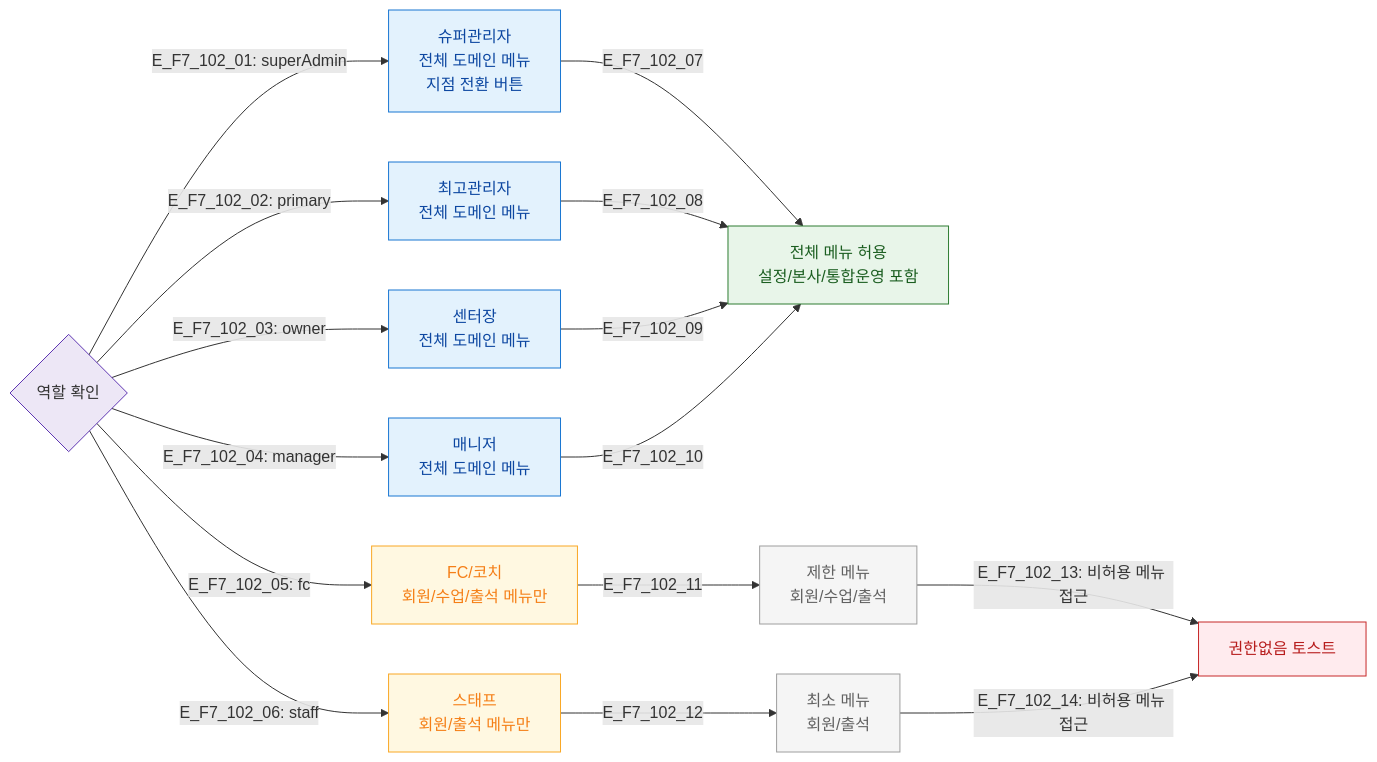
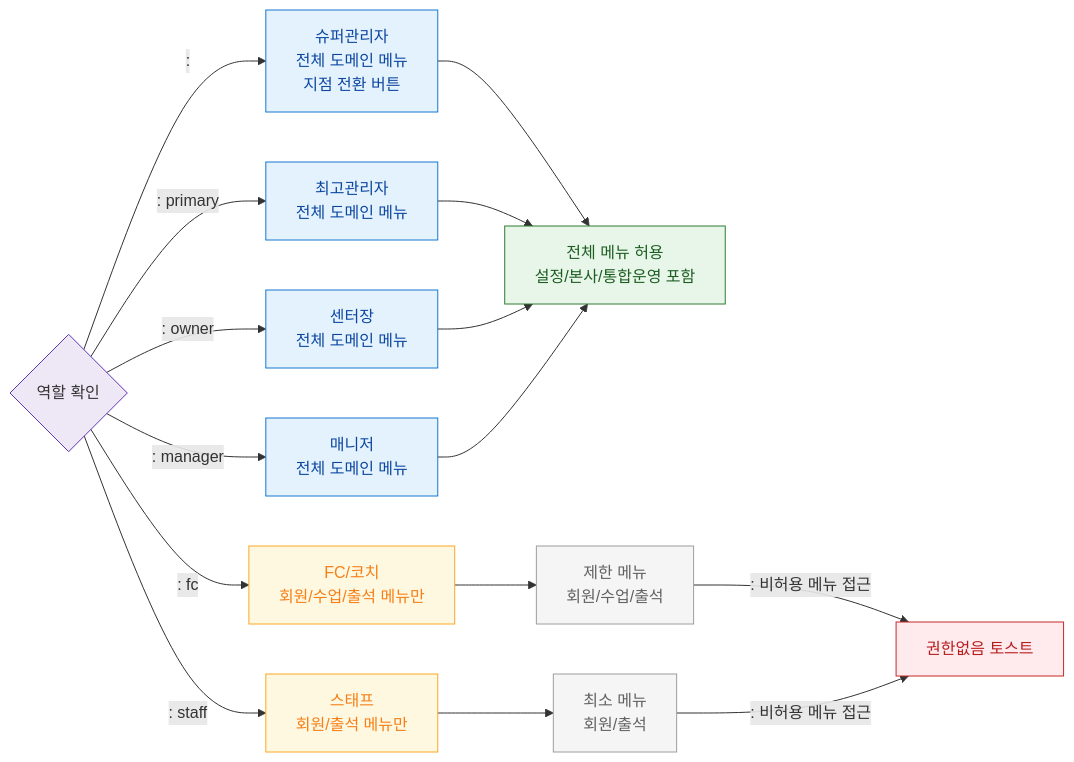
One commit to dev-spogym/admin-pando changed the diagram in docs/다이어그램/D01_공통/SCR-102_사이드바_네비게이션/F7_권한.md. Above: the diagram before and after it, drawn with Mermaid. The commit also changed other lines of this file and 1660 other files, not shown here.

First line of the commit message:
다이어그램: 기획자/클라이언트 납품본으로 정리

````diff
--- a/docs/다이어그램/D01_공통/SCR-102_사이드바_네비게이션/F7_권한.md
+++ b/docs/다이어그램/D01_공통/SCR-102_사이드바_네비게이션/F7_권한.md
@@ -19,34 +17,34 @@
 ```mermaid
 flowchart LR
     ROLE{역할 확인}
 
-    ROLE -->|"E_F7_102_01: superAdmin"| SA[슈퍼관리자\n전체 도메인 메뉴\n지점 전환 버튼]
-    ROLE -->|"E_F7_102_02: primary"| PR[최고관리자\n전체 도메인 메뉴]
-    ROLE -->|"E_F7_102_03: owner"| OW[센터장\n전체 도메인 메뉴]
-    ROLE -->|"E_F7_102_04: manager"| MG[매니저\n전체 도메인 메뉴]
-    ROLE -->|"E_F7_102_05: fc"| FC[FC/코치\n회원/수업/출석 메뉴만]
-    ROLE -->|"E_F7_102_06: staff"| ST[스태프\n회원/출석 메뉴만]
+    ROLE -->|": "|SA[슈퍼관리자\n전체 도메인 메뉴\n지점 전환 버튼]
+    ROLE -->|": primary"|PR[최고관리자\n전체 도메인 메뉴]
+    ROLE -->|": owner"|OW[센터장\n전체 도메인 메뉴]
+    ROLE -->|": manager"|MG[매니저\n전체 도메인 메뉴]
+    ROLE -->|": fc"|FC[FC/코치\n회원/수업/출석 메뉴만]
+    ROLE -->|": staff"|ST[스태프\n회원/출석 메뉴만]
 
-    SA -->|E_F7_102_07| MENU_FULL[전체 메뉴 허용\n설정/본사/통합운영 포함]
-    PR -->|E_F7_102_08| MENU_FULL
-    OW -->|E_F7_102_09| MENU_FULL
-    MG -->|E_F7_102_10| MENU_FULL
-    FC -->|E_F7_102_11| MENU_LIMITED[제한 메뉴\n회원/수업/출석]
-    ST -->|E_F7_102_12| MENU_MINIMAL[최소 메뉴\n회원/출석]
+    SA --> MENU_FULL[전체 메뉴 허용\n설정/본사/통합운영 포함]
+    PR --> MENU_FULL
+    OW --> MENU_FULL
+    MG --> MENU_FULL
+    FC --> MENU_LIMITED[제한 메뉴\n회원/수업/출석]
+    ST --> MENU_MINIMAL[최소 메뉴\n회원/출석]
 
-    MENU_LIMITED -->|"E_F7_102_13: 비허용 메뉴 접근"| BLOCKED[권한없음 토스트]
-    MENU_MINIMAL -->|"E_F7_102_14: 비허용 메뉴 접근"| BLOCKED
+    MENU_LIMITED -->|": 비허용 메뉴 접근"|BLOCKED[권한없음 토스트]
+    MENU_MINIMAL -->|": 비허용 메뉴 접근"|BLOCKED
 
-    classDef screen      fill:#E3F2FD,stroke:#1976D2,color:#0D47A1
-    classDef success     fill:#E8F5E9,stroke:#2E7D32,color:#1B5E20
-    classDef warning     fill:#FFF8E1,stroke:#F9A825,color:#F57F17
-    classDef error       fill:#FFEBEE,stroke:#C62828,color:#B71C1C
+    classDef screen fill:#E3F2FD,stroke:#1976D2,color:#0D47A1
+    classDef success fill:#E8F5E9,stroke:#2E7D32,color:#1B5E20
+    classDef warning fill:#FFF8E1,stroke:#F9A825,color:#F57F17
+    classDef error fill:#FFEBEE,stroke:#C62828,color:#B71C1C
     classDef rbacBlocked fill:#F5F5F5,stroke:#9E9E9E,color:#616161
-    classDef system      fill:#EDE7F6,stroke:#5E35B2
+    classDef system fill:#EDE7F6,stroke:#5E35B2
     class SA,PR,OW,MG screen
     class FC,ST warning
     class MENU_FULL success
     class MENU_LIMITED,MENU_MINIMAL rbacBlocked
     class BLOCKED error
     class ROLE system
 ```
````
